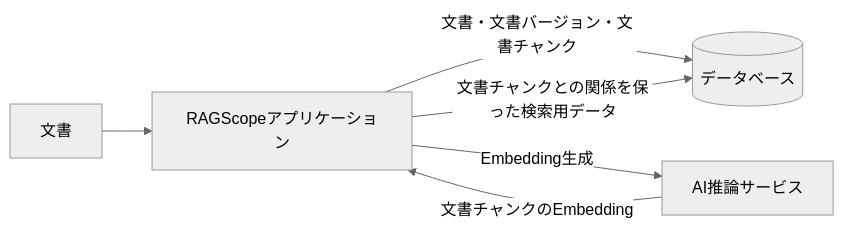
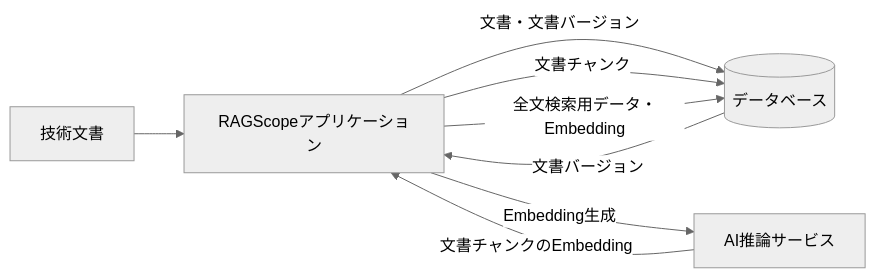
One commit to takashit16833/RAGScope changed the second of 6 diagrams in project-docs/design/システムアーキテクチャ.md. Above: the diagram before and after it, drawn with Mermaid (neutral theme). The commit also changed other lines of this file and 9 other files, not shown here.

````diff
--- a/project-docs/design/システムアーキテクチャ.md
+++ b/project-docs/design/システムアーキテクチャ.md
@@ -83,8 +83,11 @@
 ```mermaid
 flowchart LR
-    Input["文書"] --> Application["RAGScopeアプリケーション"]
-    Application -->|"文書・文書バージョン・文書チャンク"| DB[("データベース")]
+    Input["技術文書"] --> Application["RAGScopeアプリケーション"]
+    Application -->|"文書・文書バージョン"| DB[("データベース")]
+
+    DB -->|"文書バージョン"| Application
+    Application -->|"文書チャンク"| DB
     Application -->|"Embedding生成"| AI["AI推論サービス"]
     AI -->|"文書チャンクのEmbedding"| Application
-    Application -->|"文書チャンクとの関係を保った検索用データ"| DB
+    Application -->|"全文検索用データ・Embedding"| DB
 ```
````
